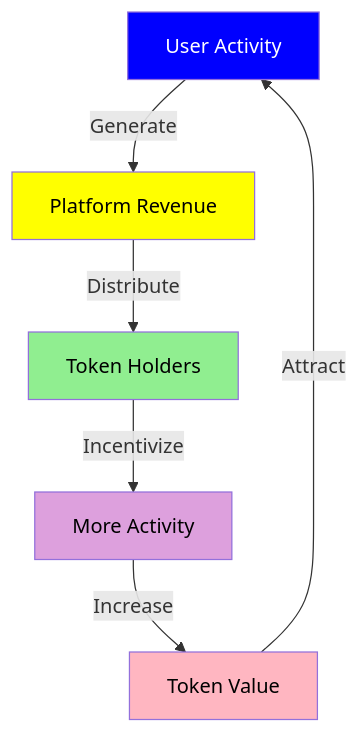
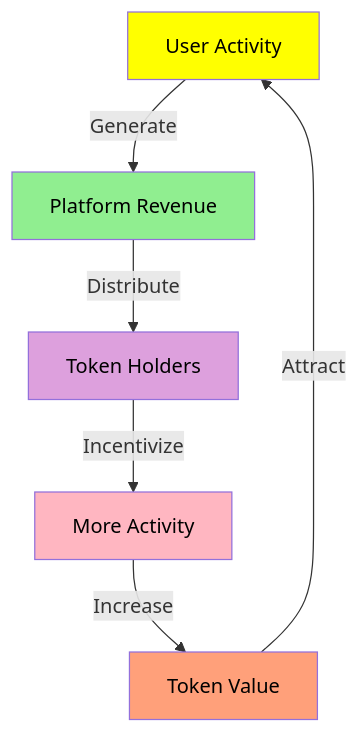
The fourth of 8 diagrams in docs/whitepaper/token-economics.md (MEMEFANS/memefans), drawn with Mermaid before and after one commit. The commit also changed other lines of this file and 32 other files, not shown here.

```diff
--- a/docs/whitepaper/token-economics.md
+++ b/docs/whitepaper/token-economics.md
@@ -378,14 +139,14 @@
 <div class="mermaid">
 graph TD
     A[User Activity] -->|Generate| B[Platform Revenue]
     B -->|Distribute| C[Token Holders]
     C -->|Incentivize| D[More Activity]
     D -->|Increase| E[Token Value]
     E -->|Attract| A
     
-    style A fill:#0000FF,color:#FFFFFF
-    style B fill:#FFFF00,color:#000000
-    style C fill:#90EE90,color:#000000
-    style D fill:#DDA0DD,color:#000000
-    style E fill:#FFB6C1,color:#000000
+    style A fill:#FFFF00,color:#000000
+    style B fill:#90EE90,color:#000000
+    style C fill:#DDA0DD,color:#000000
+    style D fill:#FFB6C1,color:#000000
+    style E fill:#FFA07A,color:#000000
 </div>
```
